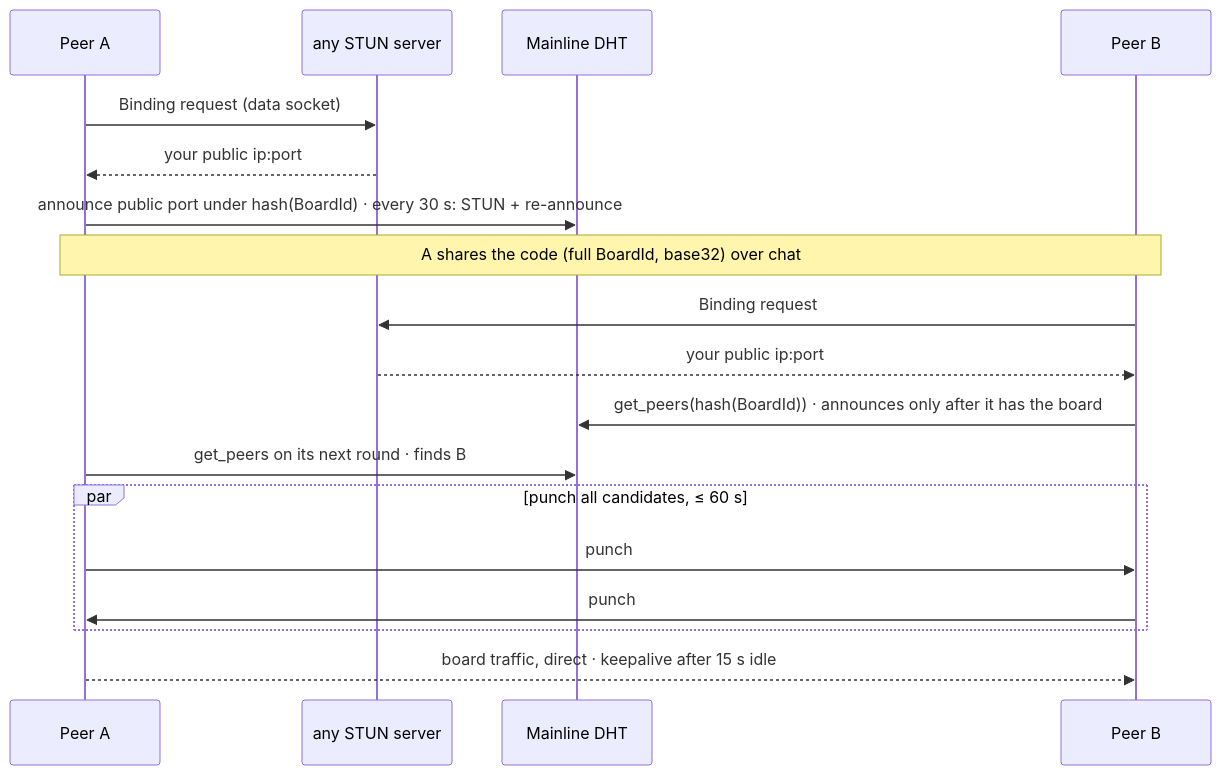
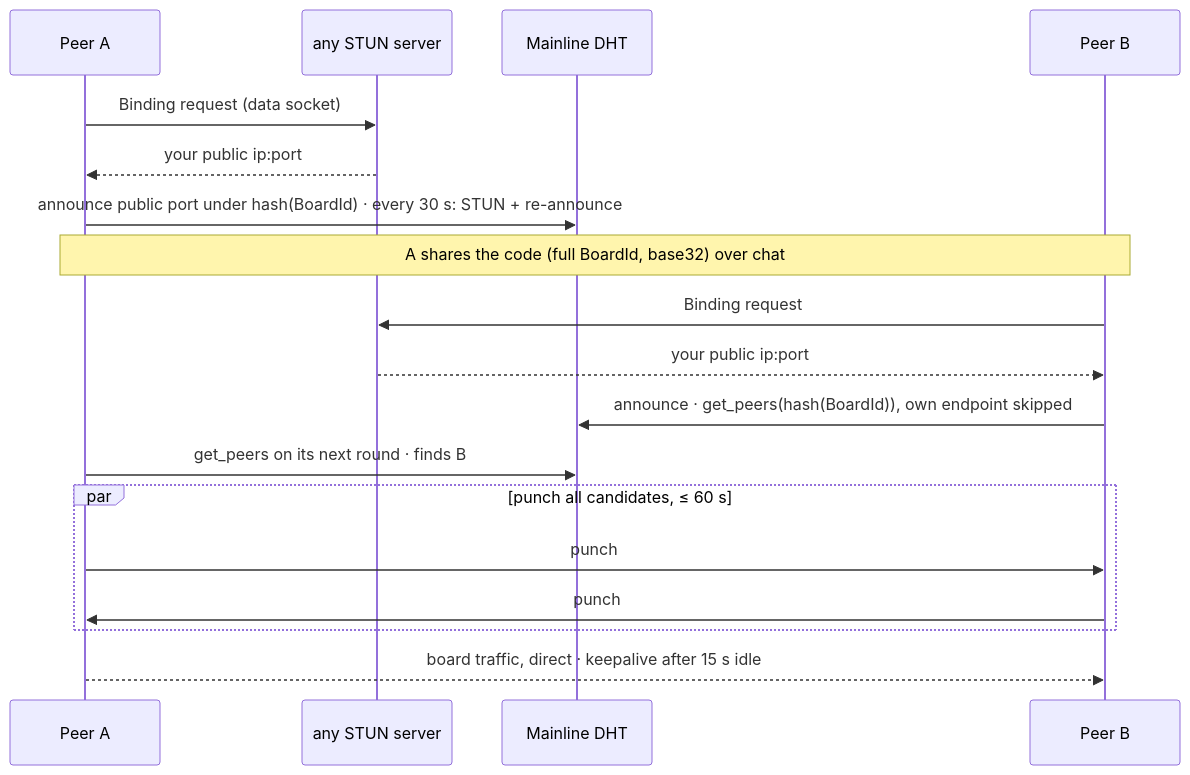
One commit to Student-Team-Projects/Most-Overkilled-Whiteboard-for-ArchLinux changed the diagram in docs/design/internet-connect.md. Above: the diagram before and after it, drawn with Mermaid. The commit also changed 1 other file, not shown here.

Commit message:
G29: joiner announces at once (both sides must punch)

````diff
--- a/docs/design/internet-connect.md
+++ b/docs/design/internet-connect.md
@@ -6,20 +6,20 @@
 ```mermaid
 sequenceDiagram
     participant A as Peer A
     participant S as any STUN server
     participant D as Mainline DHT
     participant B as Peer B
     A->>S: Binding request (data socket)
     S-->>A: your public ip:port
     A->>D: announce public port under hash(BoardId) · every 30 s: STUN + re-announce
     Note over A,B: A shares the code (full BoardId, base32) over chat
     B->>S: Binding request
     S-->>B: your public ip:port
-    B->>D: get_peers(hash(BoardId)) · announces only after it has the board
+    B->>D: announce · get_peers(hash(BoardId)), own endpoint skipped
     A->>D: get_peers on its next round · finds B
     par punch all candidates, ≤ 60 s
         A->>B: punch
         B->>A: punch
     end
     A-->>B: board traffic, direct · keepalive after 15 s idle
 ```
````
